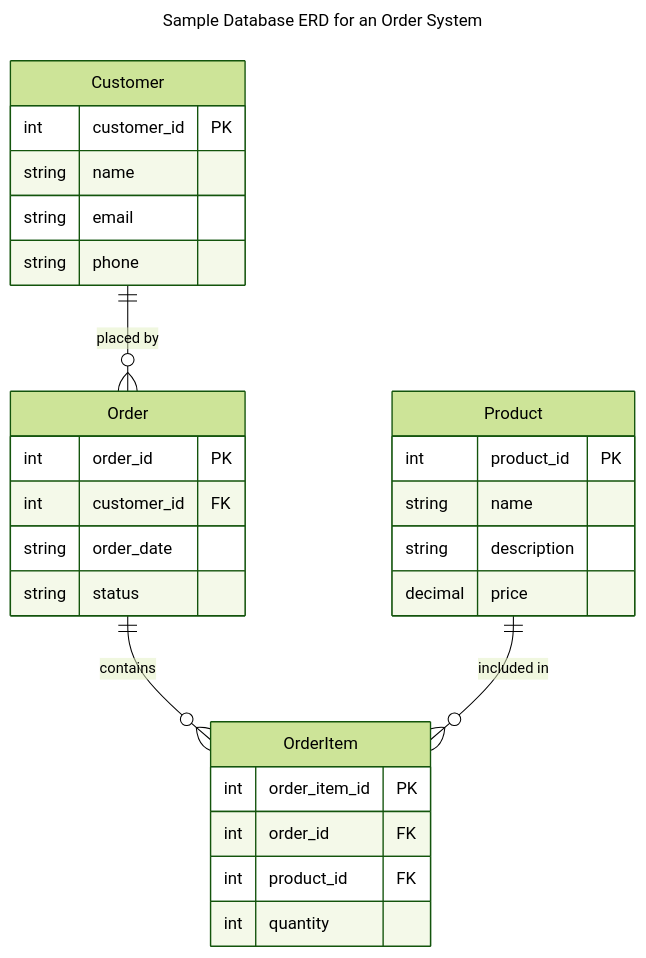
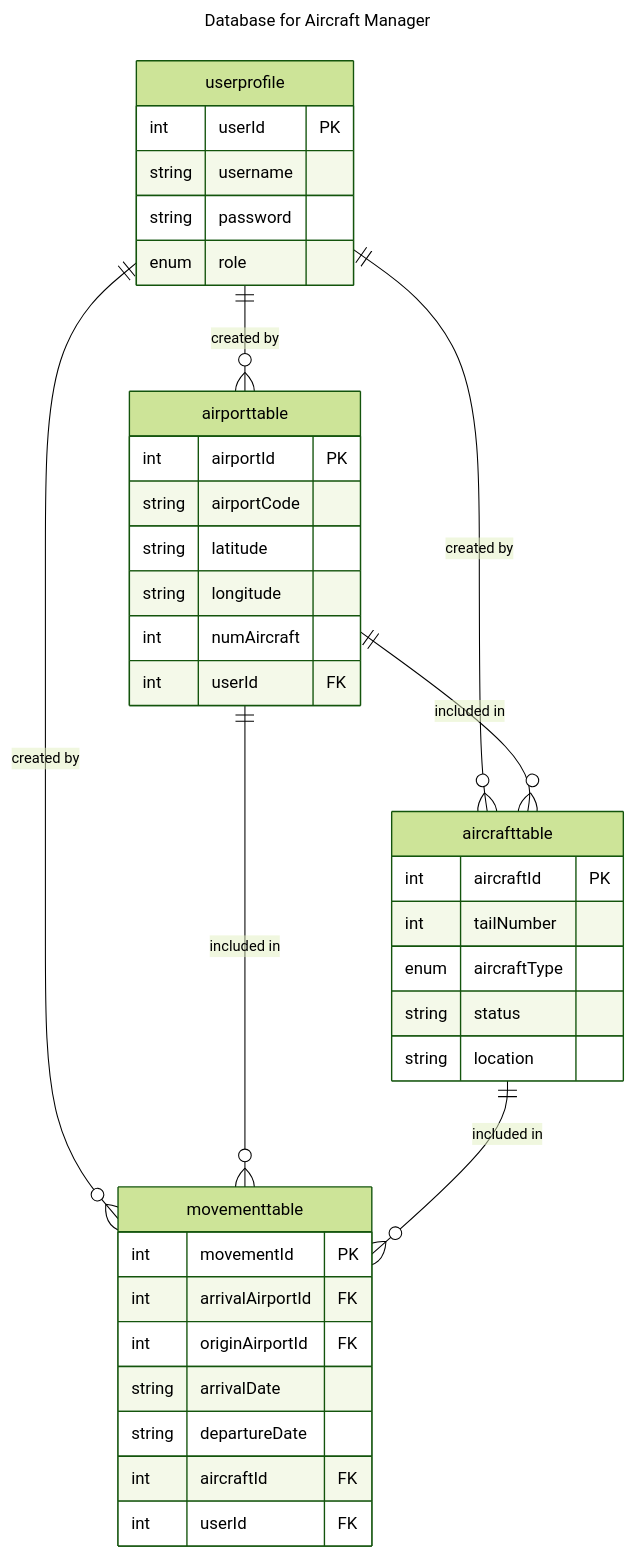
Before and after one commit to imhe6/cs506-team-project: the second of 6 diagrams in README.md, drawn with Mermaid (forest theme).

Commit message:
Update file README.md

````diff
--- a/README.md
+++ b/README.md
@@ -196,37 +196,46 @@
 ```mermaid
 ---
-title: Sample Database ERD for an Order System
+title: Database for Aircraft Manager
 ---
 erDiagram
-    Customer ||--o{ Order : "placed by"
-    Order ||--o{ OrderItem : "contains"
-    Product ||--o{ OrderItem : "included in"
+    userprofile ||--o{ aircrafttable : "created by"
+    userprofile ||--o{ airporttable : "created by"
+    userprofile ||--o{ movementtable : "created by"
+    airporttable ||--o{ movementtable : "included in"
+    aircrafttable ||--o{ movementtable : "included in"
+    airporttable ||--o{ aircrafttable : "included in"
 
-    Customer {
-        int customer_id PK
-        string name
-        string email
-        string phone
+    userprofile {
+        int userId PK
+        string username
+        string password
+        enum role
     }
 
-    Order {
-        int order_id PK
-        int customer_id FK
-        string order_date
+    aircrafttable {
+        int aircraftId PK
+        int tailNumber
+        enum aircraftType
         string status
+        string location
     }
 
-    Product {
-        int product_id PK
-        string name
-        string description
-        decimal price
+    airporttable {
+        int airportId PK
+        string airportCode
+        string latitude
+        string longitude
+        int numAircraft
+        int userId FK
     }
 
-    OrderItem {
-        int order_item_id PK
-        int order_id FK
-        int product_id FK
-        int quantity
+    movementtable {
+        int movementId PK
+        int arrivalAirportId FK
+        int originAirportId FK
+        string arrivalDate
+        string departureDate
+        int aircraftId FK
+        int userId FK
     }
 ```
````
